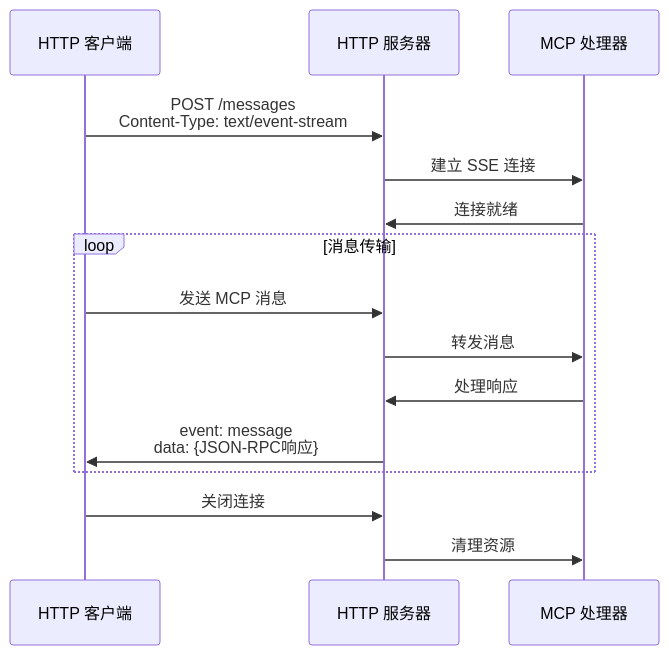
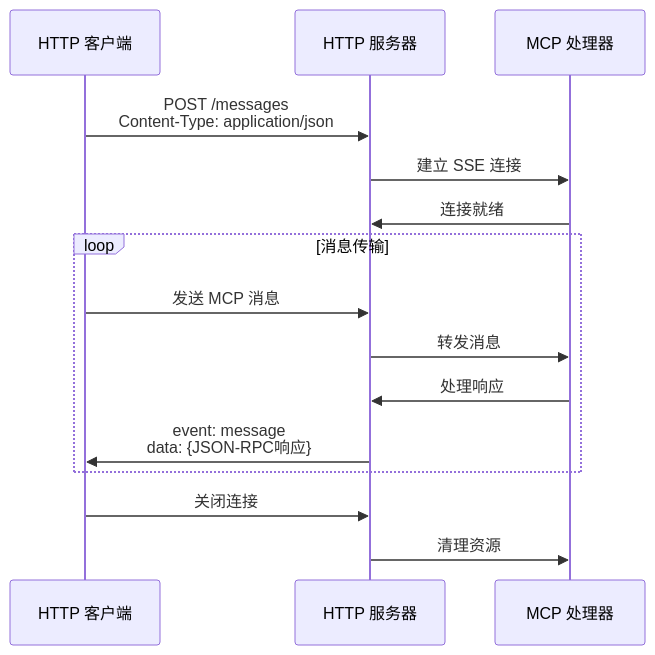
One commit to MiyakoMeow/neco changed the eighth of 10 diagrams in progress/external-mcp-interaction-flows.md. Above: the diagram before and after it, drawn with Mermaid. The commit also changed other lines of this file and 8 other files, not shown here.

````diff
--- a/progress/external-mcp-interaction-flows.md
+++ b/progress/external-mcp-interaction-flows.md
@@ -198,21 +198,21 @@
 ```mermaid
 sequenceDiagram
     participant Client as HTTP 客户端
     participant Server as HTTP 服务器
     participant MCP as MCP 处理器
 
-    Client->>Server: POST /messages<br/>Content-Type: text/event-stream
+    Client->>Server: POST /messages<br/>Content-Type: application/json
 
     Server->>MCP: 建立 SSE 连接
     MCP->>Server: 连接就绪
 
     loop 消息传输
         Client->>Server: 发送 MCP 消息
         Server->>MCP: 转发消息
         MCP->>Server: 处理响应
         Server->>Client: event: message<br/>data: {JSON-RPC响应}
     end
 
     Client->>Server: 关闭连接
     Server->>MCP: 清理资源
 ```
````
